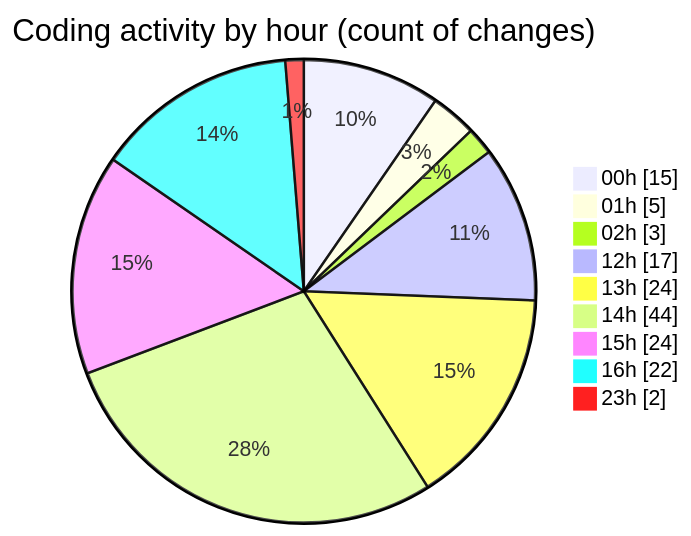
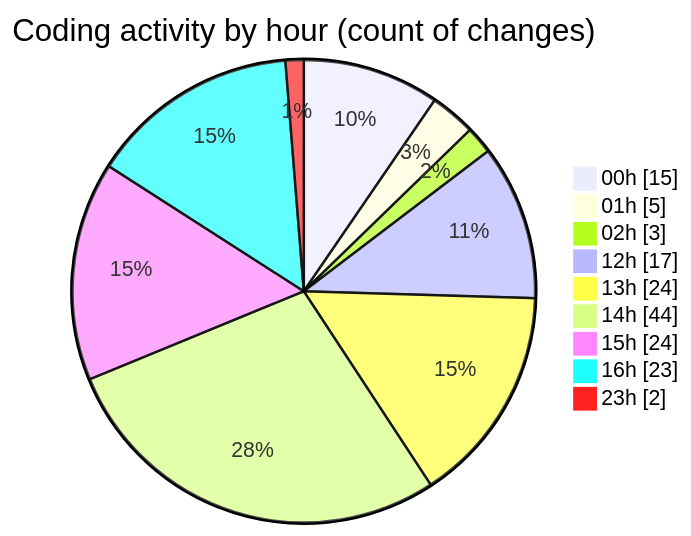
Before and after one commit to lephambinh05/code-tracking: the second of 2 diagrams in 2025-08-13/rentotp/README.md, drawn with Mermaid. The commit also changed other lines of this file and 1 other file, not shown here.

````diff
--- a/2025-08-13/rentotp/README.md
+++ b/2025-08-13/rentotp/README.md
@@ -53,13 +53,13 @@
 ```mermaid
 pie showData
 title Coding activity by hour (count of changes)
 "00h" : 15
 "01h" : 5
 "02h" : 3
 "12h" : 17
 "13h" : 24
 "14h" : 44
 "15h" : 24
-"16h" : 22
+"16h" : 23
 "23h" : 2
 ```
````
